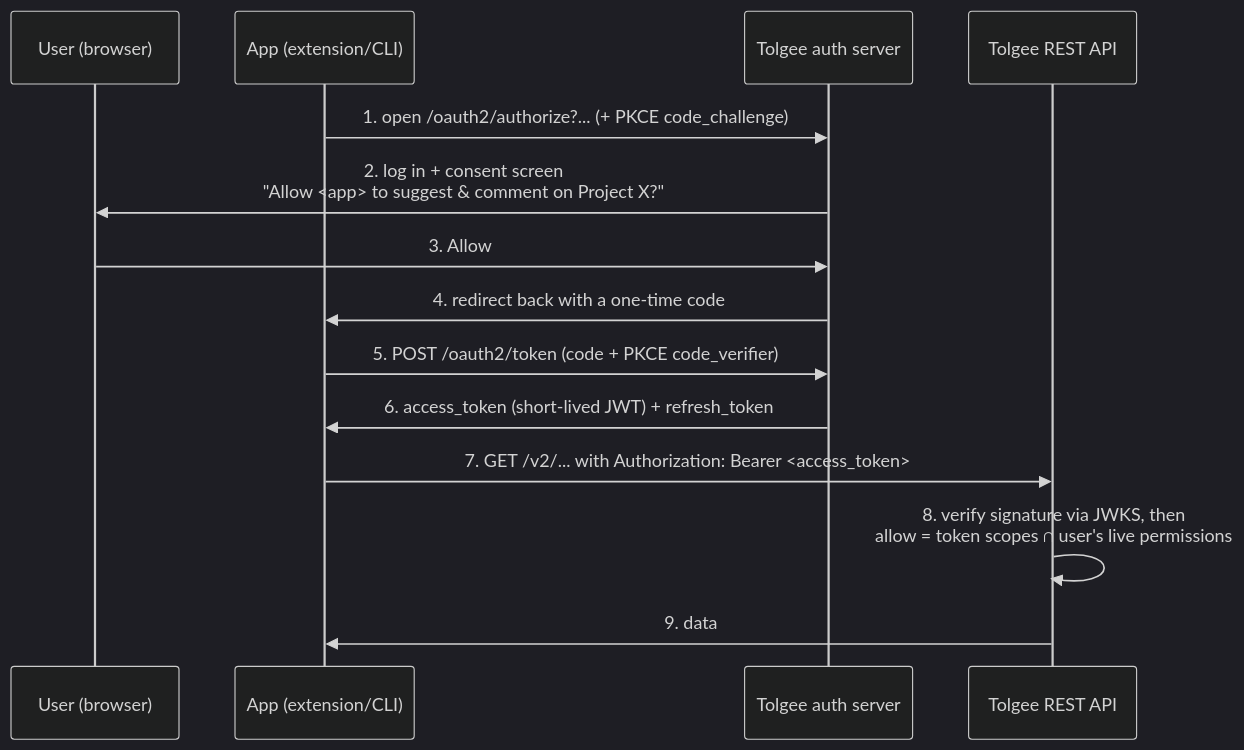
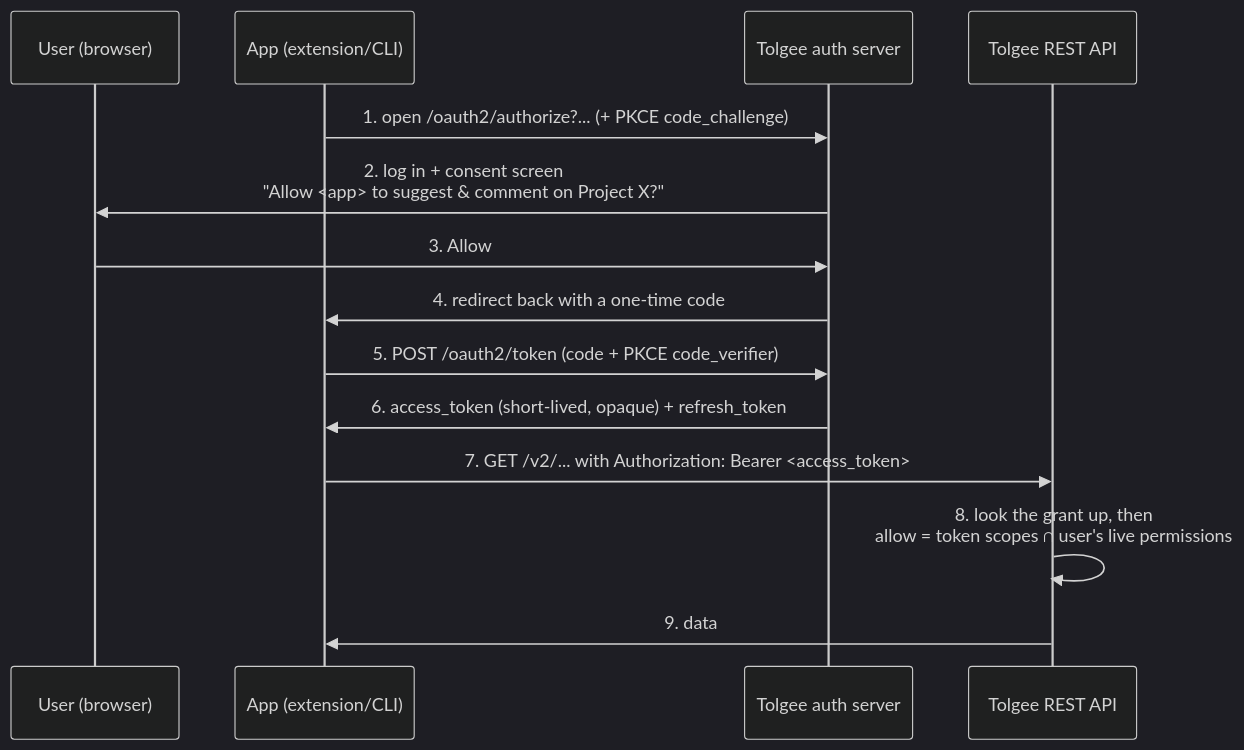
The diagram in docs/oauth/README.md (tolgee/tolgee-platform), drawn with Mermaid (dark theme) before and after one commit. The commit also changed other lines of this file and 19 other files, not shown here.

````diff
--- a/docs/oauth/README.md
+++ b/docs/oauth/README.md
@@ -31,17 +31,17 @@
 ```mermaid
 sequenceDiagram
     participant U as User (browser)
     participant C as App (extension/CLI)
     participant AS as Tolgee auth server
     participant API as Tolgee REST API
 
     C->>AS: 1. open /oauth2/authorize?...  (+ PKCE code_challenge)
     AS->>U: 2. log in + consent screen<br/>"Allow <app> to suggest & comment on Project X?"
     U->>AS: 3. Allow
     AS->>C: 4. redirect back with a one-time code
     C->>AS: 5. POST /oauth2/token (code + PKCE code_verifier)
-    AS->>C: 6. access_token (short-lived JWT) + refresh_token
+    AS->>C: 6. access_token (short-lived, opaque) + refresh_token
     C->>API: 7. GET /v2/... with Authorization: Bearer <access_token>
-    API->>API: 8. verify signature via JWKS, then<br/>allow = token scopes ∩ user's live permissions
+    API->>API: 8. look the grant up, then<br/>allow = token scopes ∩ user's live permissions
     API->>C: 9. data
 ```
````
